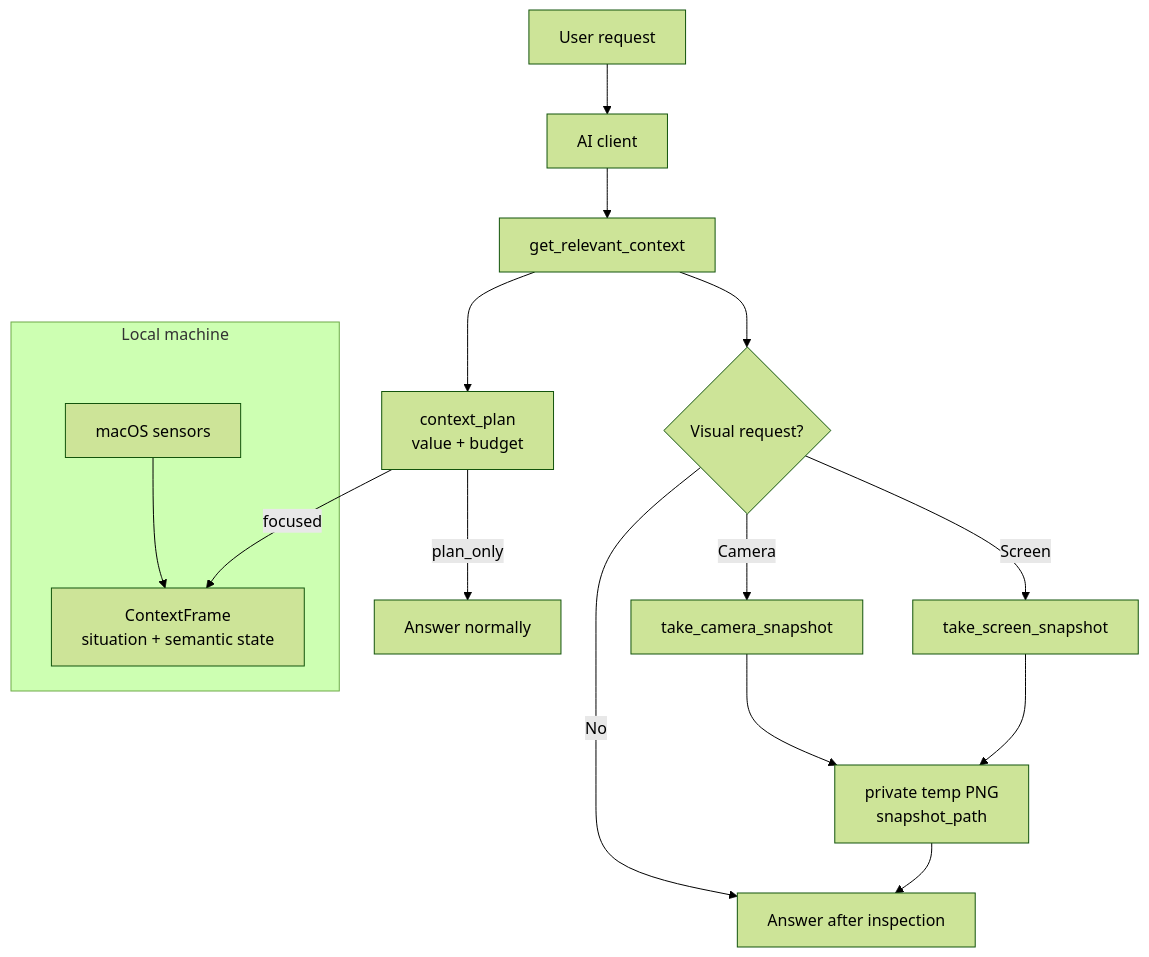
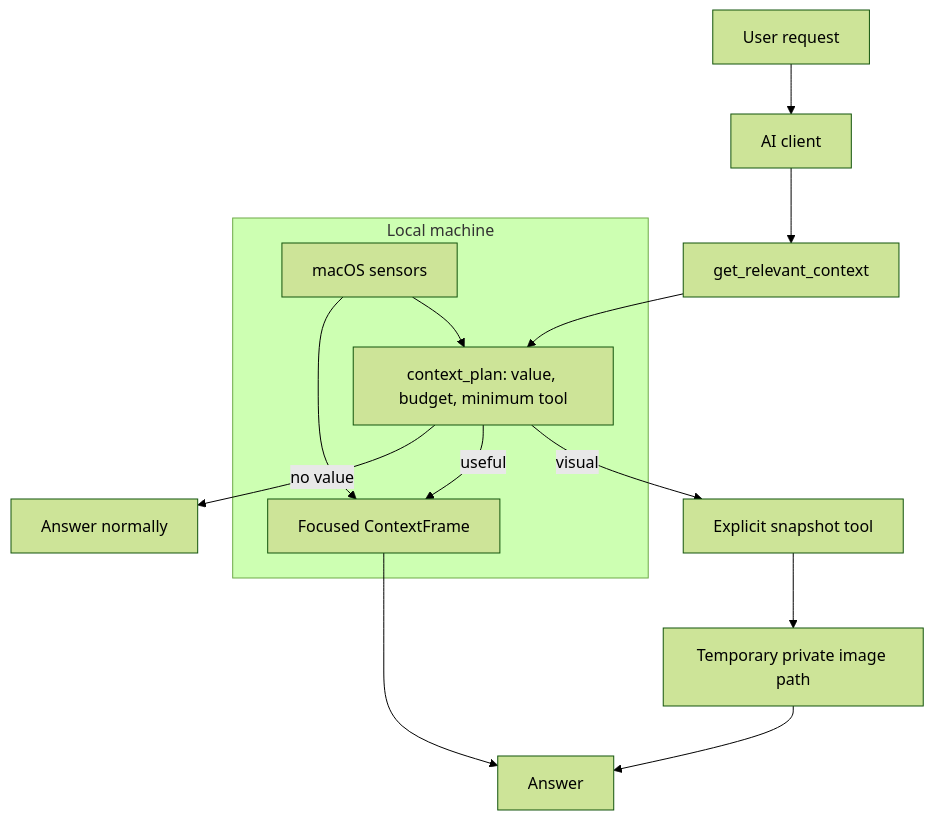
The diagram in README.md (ChrisJDiMarco/sense-mcp), drawn with Mermaid (forest theme) before and after one commit. The commit also changed other lines of this file and 3 other files, not shown here.

````diff
--- a/README.md
+++ b/README.md
@@ -85,20 +69,18 @@
 ```mermaid
 flowchart TD
   U["User request"] --> C["AI client"]
   C --> R["get_relevant_context"]
-  R --> P["context_plan<br/>value + budget"]
-  P -->|"plan_only"| N["Answer normally"]
-  P -->|"focused"| F["ContextFrame<br/>situation + semantic state"]
-  R --> T{"Visual request?"}
-  T -->|"No"| A["Answer with context"]
-  T -->|"Camera"| CAM["take_camera_snapshot"]
-  T -->|"Screen"| SCR["take_screen_snapshot"]
-  CAM --> IMG["private temp PNG<br/>snapshot_path"]
-  SCR --> IMG
-  IMG --> A["Answer after inspection"]
+  R --> P["context_plan: value, budget, minimum tool"]
+  P -->|"no value"| N["Answer normally"]
+  P -->|"useful"| F["Focused ContextFrame"]
+  P -->|"visual"| V["Explicit snapshot tool"]
+  V --> I["Temporary private image path"]
+  F --> A["Answer"]
+  I --> A
 
-  subgraph Local machine
+  subgraph "Local machine"
     S["macOS sensors"]
     S --> F
+    S --> P
   end
 ```
````
